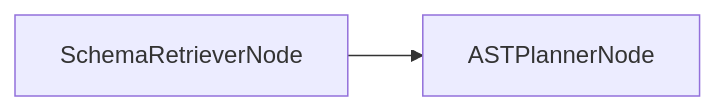
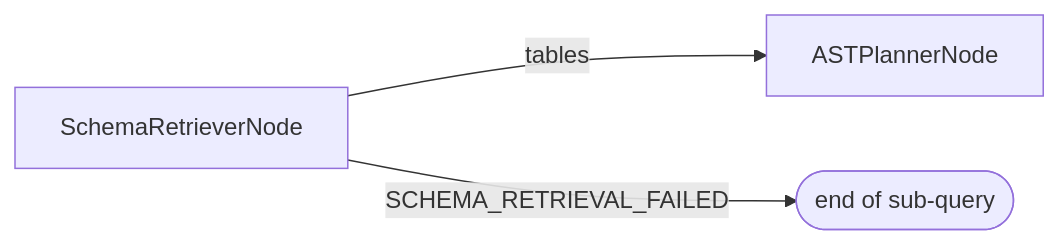
The diagram in docs/architecture/nodes/schema_retriever_node.md (nadeem4/nl2sql), drawn with Mermaid before and after one commit. The commit also changed other lines of this file and 7 other files, not shown here.

````diff
--- a/docs/architecture/nodes/schema_retriever_node.md
+++ b/docs/architecture/nodes/schema_retriever_node.md
@@ -55,4 +59,5 @@
 ```mermaid
 flowchart LR
-    SchemaRetriever[SchemaRetrieverNode] --> Planner[ASTPlannerNode]
+    SchemaRetriever[SchemaRetrieverNode] -->|tables| Planner[ASTPlannerNode]
+    SchemaRetriever -->|SCHEMA_RETRIEVAL_FAILED| End([end of sub-query])
 ```
````
